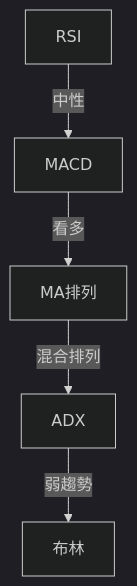
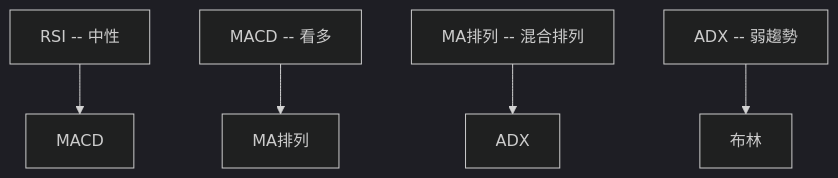
The fourth of 8 diagrams in ai_gen_report/stock/amd/technical_analysis_2026-04-10_openai.md (yennanliu/finance_data), drawn with Mermaid (dark theme) before and after one commit. The commit also changed other lines of this file and 2258 other files, not shown here.

First line of the commit message:
chore: backfill Mermaid syntax repair across existing reports

````diff
--- a/ai_gen_report/stock/amd/technical_analysis_2026-04-10_openai.md
+++ b/ai_gen_report/stock/amd/technical_analysis_2026-04-10_openai.md
@@ -208,7 +208,7 @@
 ```mermaid
 graph TD
-    RSI -- 中性 --> MACD
-    MACD -- 看多 --> MA排列
-    MA排列 -- 混合排列 --> ADX
-    ADX -- 弱趨勢 --> 布林
+    nb1["RSI -- 中性"] --> MACD
+    nb2["MACD -- 看多"] --> MA排列
+    nb3["MA排列 -- 混合排列"] --> ADX
+    nb4["ADX -- 弱趨勢"] --> 布林
 ```
````
